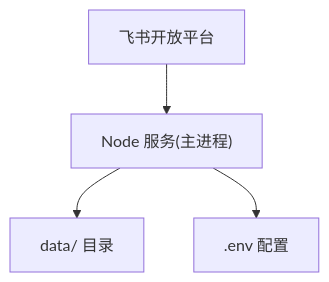
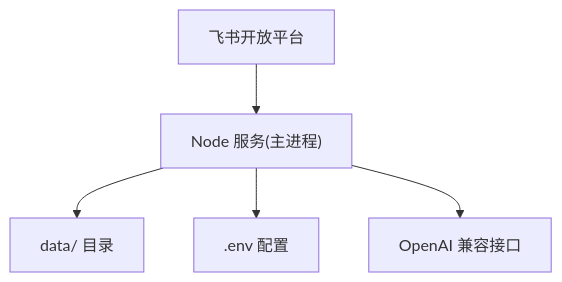
One commit to HeXiaoShu520/feishu-pi changed the ninth of 9 diagrams in .qoder/repowiki/zh/content/架构设计/架构设计.md. Above: the diagram before and after it, drawn with Mermaid. The commit also changed other lines of this file and 47 other files, not shown here.

````diff
--- a/.qoder/repowiki/zh/content/架构设计/架构设计.md
+++ b/.qoder/repowiki/zh/content/架构设计/架构设计.md
@@ -429,10 +489,12 @@
 ```mermaid
 graph TB
 FEISHU["飞书开放平台"]
 APP["Node 服务(主进程)"]
 DATA["data/ 目录"]
 ENV[".env 配置"]
+API["OpenAI 兼容接口"]
 FEISHU --> APP
 APP --> DATA
 APP --> ENV
+APP --> API
 ```
````
